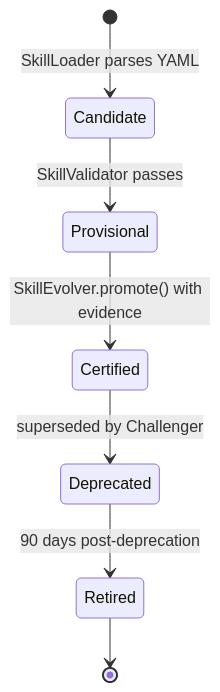
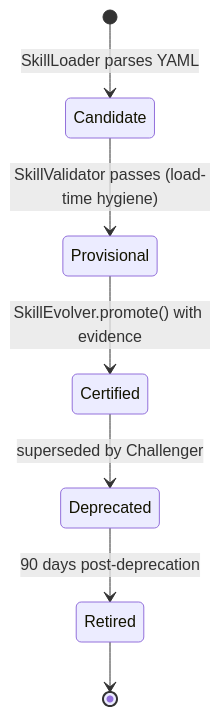
One commit to chaosxingxc-orion/spring-ai-fin changed the diagram in agent-runtime/skill/ARCHITECTURE.md. Above: the diagram before and after it, drawn with Mermaid. The commit also changed other lines of this file and 35 other files, not shown here.

````diff
--- a/agent-runtime/skill/ARCHITECTURE.md
+++ b/agent-runtime/skill/ARCHITECTURE.md
@@ -50,9 +56,9 @@
 ```mermaid
 stateDiagram-v2
     [*] --> Candidate: SkillLoader parses YAML
-    Candidate --> Provisional: SkillValidator passes
+    Candidate --> Provisional: SkillValidator passes (load-time hygiene)
     Provisional --> Certified: SkillEvolver.promote() with evidence
     Certified --> Deprecated: superseded by Challenger
     Deprecated --> Retired: 90 days post-deprecation
     Retired --> [*]
 ```
````
